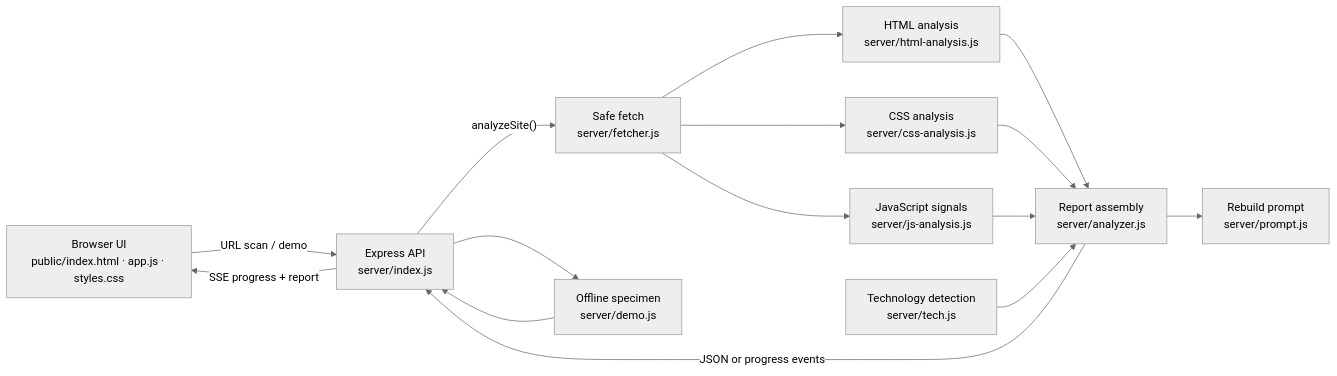
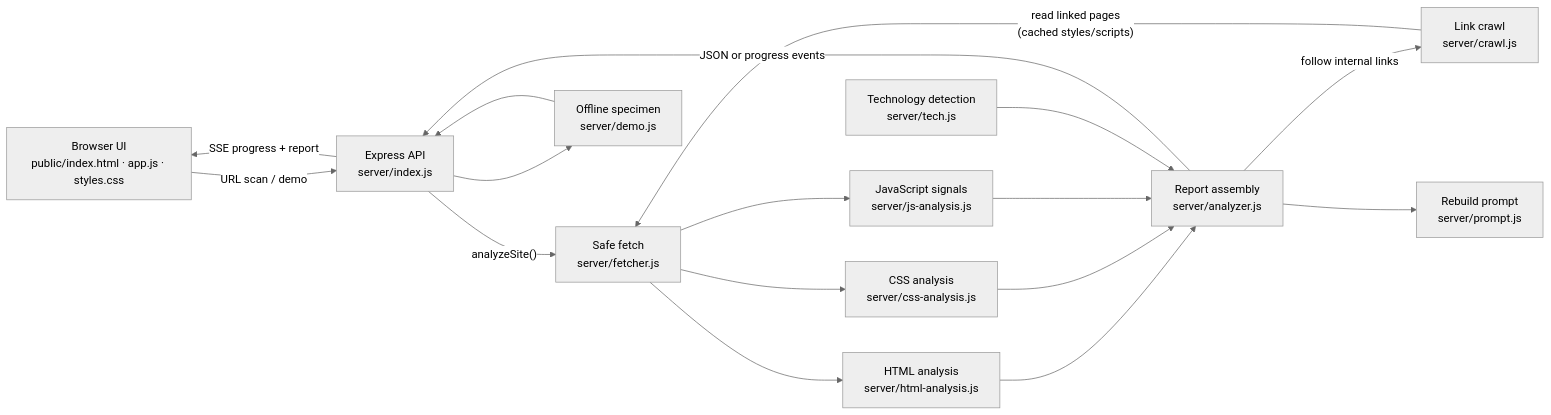
One commit to sanjay102432/webcopy changed the diagram in README.md. Above: the diagram before and after it, drawn with Mermaid (neutral theme). The commit also changed other lines of this file and 15 other files, not shown here.

Commit message:
Add linked-page crawl and Vercel deployment

````diff
--- a/README.md
+++ b/README.md
@@ -44,28 +63,31 @@
 ```mermaid
 flowchart LR
     Browser["Browser UI<br/>public/index.html · app.js · styles.css"]
     API["Express API<br/>server/index.js"]
     Guard["Safe fetch<br/>server/fetcher.js"]
     HTML["HTML analysis<br/>server/html-analysis.js"]
     CSS["CSS analysis<br/>server/css-analysis.js"]
     JS["JavaScript signals<br/>server/js-analysis.js"]
     Tech["Technology detection<br/>server/tech.js"]
+    Crawl["Link crawl<br/>server/crawl.js"]
     Report["Report assembly<br/>server/analyzer.js"]
     Prompt["Rebuild prompt<br/>server/prompt.js"]
     Demo["Offline specimen<br/>server/demo.js"]
 
     Browser -->|"URL scan / demo"| API
     API -->|"analyzeSite()"| Guard
     Guard --> HTML
     Guard --> CSS
     Guard --> JS
     HTML --> Report
     CSS --> Report
     JS --> Report
     Tech --> Report
+    Report -->|"follow internal links"| Crawl
+    Crawl -->|"read linked pages<br/>(cached styles/scripts)"| Guard
     Report --> Prompt
     API --> Demo
     Report -->|"JSON or progress events"| API
     Demo --> API
     API -->|"SSE progress + report"| Browser
 ```
````
